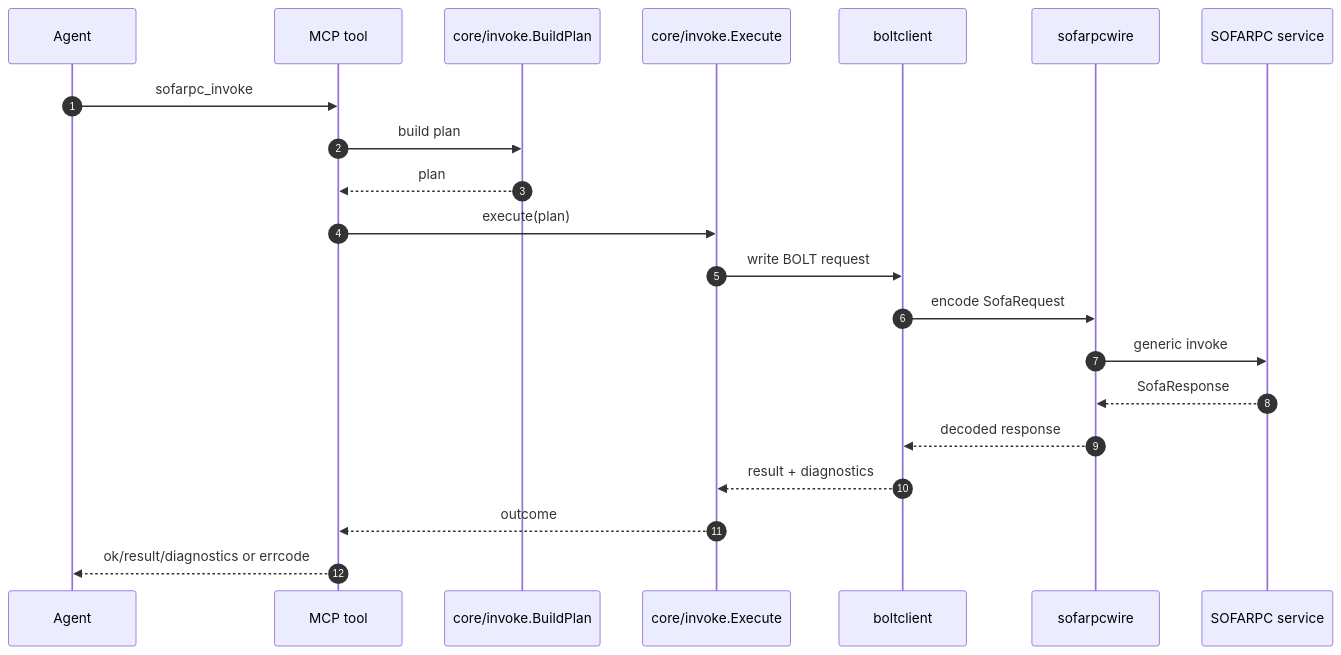
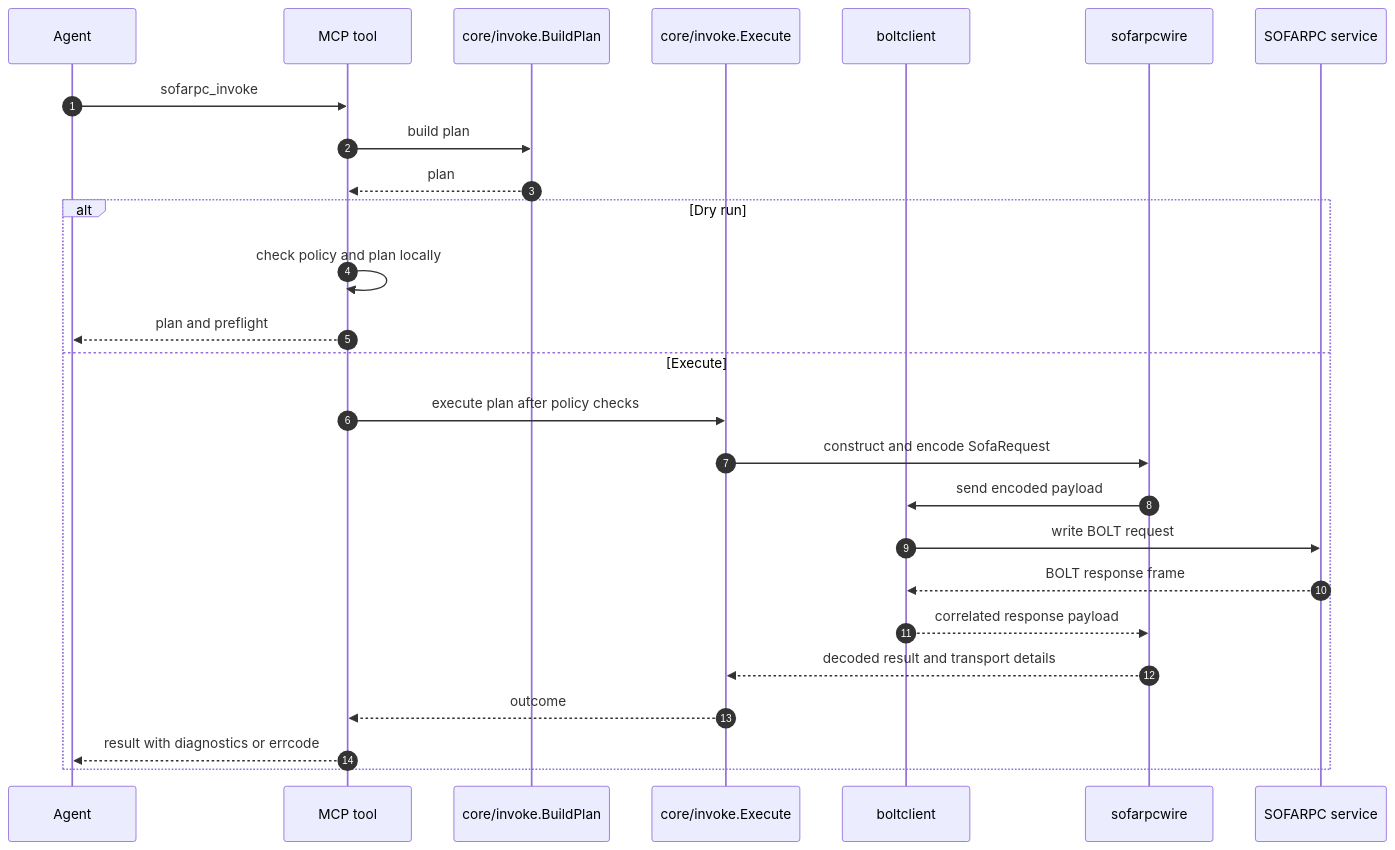
The second of 2 diagrams in docs/architecture.md (hex1n/sofarpc-cli), drawn with Mermaid before and after one commit. The commit also changed other lines of this file and 5 other files, not shown here.

Commit message:
docs(sofarpc): update architecture and performance notes

````diff
--- a/docs/architecture.md
+++ b/docs/architecture.md
@@ -506,24 +513,29 @@
 ```mermaid
 sequenceDiagram
     autonumber
     participant A as Agent
     participant M as MCP tool
     participant P as core/invoke.BuildPlan
     participant D as core/invoke.Execute
     participant B as boltclient
     participant W as sofarpcwire
     participant S as SOFARPC service
 
     A->>M: sofarpc_invoke
     M->>P: build plan
     P-->>M: plan
-    M->>D: execute(plan)
-    D->>B: write BOLT request
-    B->>W: encode SofaRequest
-    W->>S: generic invoke
-    S-->>W: SofaResponse
-    W-->>B: decoded response
-    B-->>D: result + diagnostics
-    D-->>M: outcome
-    M-->>A: ok/result/diagnostics or errcode
+    alt Dry run
+        M->>M: check policy and plan locally
+        M-->>A: plan and preflight
+    else Execute
+        M->>D: execute plan after policy checks
+        D->>W: construct and encode SofaRequest
+        W->>B: send encoded payload
+        B->>S: write BOLT request
+        S-->>B: BOLT response frame
+        B-->>W: correlated response payload
+        W-->>D: decoded result and transport details
+        D-->>M: outcome
+        M-->>A: result with diagnostics or errcode
+    end
 ```
````
